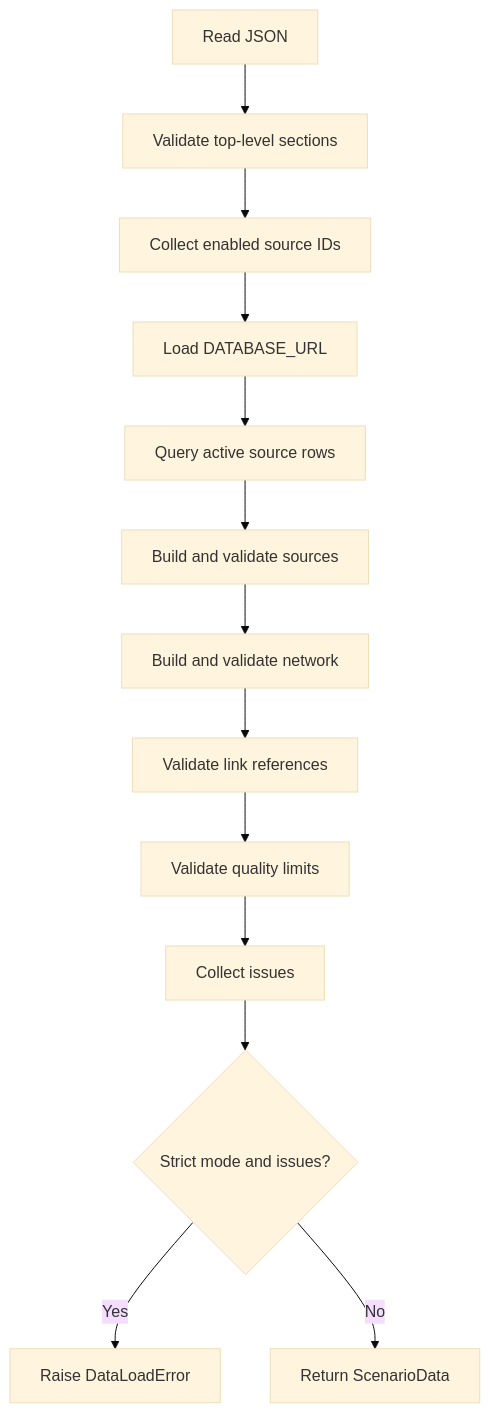
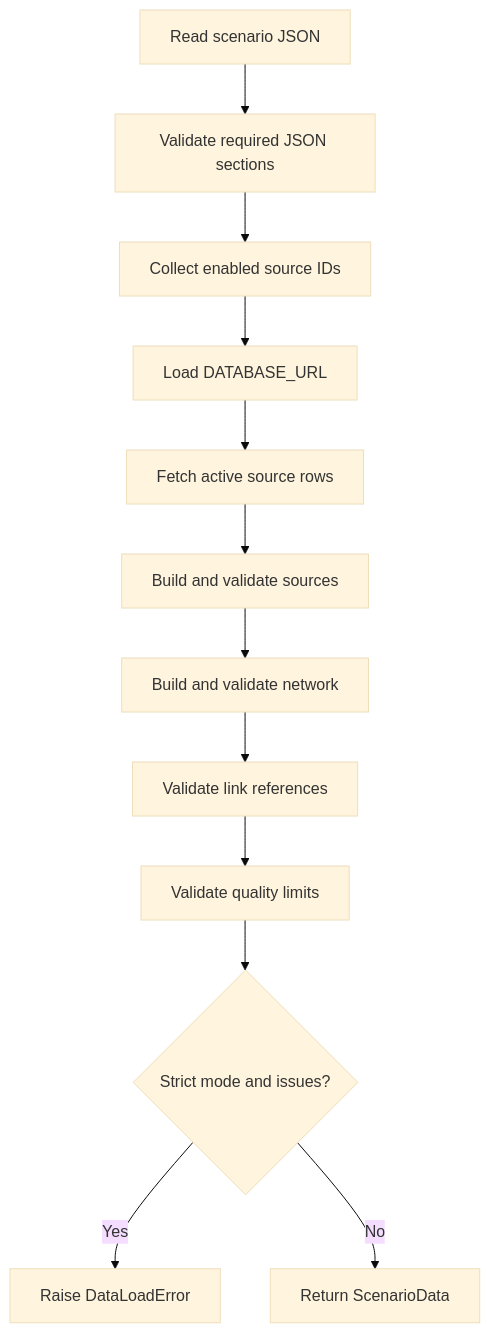
The second of 2 diagrams in MILP/Documentations/data_loader_validation.md (ksuraev/Aqua-Blend-MILP-Team), drawn with Mermaid (base theme) before and after one commit. The commit also changed other lines of this file, not shown here.

Commit message:
revamped document data loader validation

````diff
--- a/MILP/Documentations/data_loader_validation.md
+++ b/MILP/Documentations/data_loader_validation.md
@@ -45,15 +57,14 @@
 ```mermaid
 flowchart TD
-    A[Read JSON] --> B[Validate top-level sections]
+    A[Read scenario JSON] --> B[Validate required JSON sections]
     B --> C[Collect enabled source IDs]
     C --> D[Load DATABASE_URL]
-    D --> E[Query active source rows]
+    D --> E[Fetch active source rows]
     E --> F[Build and validate sources]
     F --> G[Build and validate network]
     G --> H[Validate link references]
     H --> I[Validate quality limits]
-    I --> J[Collect issues]
-    J --> K{Strict mode and issues?}
-    K -->|Yes| L[Raise DataLoadError]
-    K -->|No| M[Return ScenarioData]
+    I --> J{Strict mode and issues?}
+    J -->|Yes| K[Raise DataLoadError]
+    J -->|No| L[Return ScenarioData]
 ```
````
